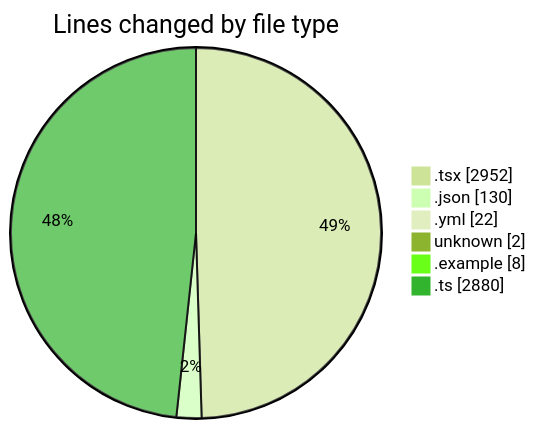
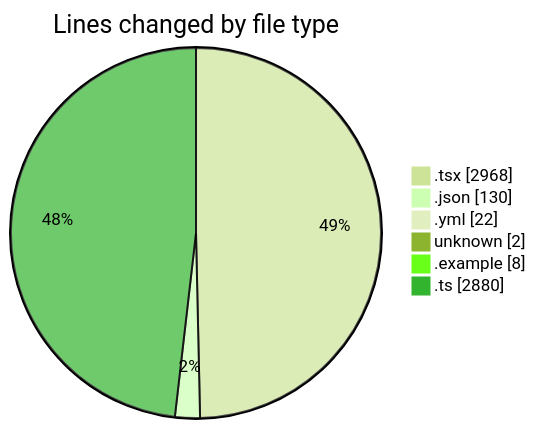
Before and after one commit to julien-gomy/code-tracking: the first of 2 diagrams in 2025-11-21/eventscop-frontend-guide__workspace_/README.md, drawn with Mermaid (forest theme). The commit also changed other lines of this file and 1 other file, not shown here.

````diff
--- a/2025-11-21/eventscop-frontend-guide__workspace_/README.md
+++ b/2025-11-21/eventscop-frontend-guide__workspace_/README.md
@@ -60,10 +60,10 @@
 ```mermaid
 pie showData
 title Lines changed by file type
-".tsx" : 2952
+".tsx" : 2968
 ".json" : 130
 ".yml" : 22
 "unknown" : 2
 ".example" : 8
 ".ts" : 2880
 ```
````
